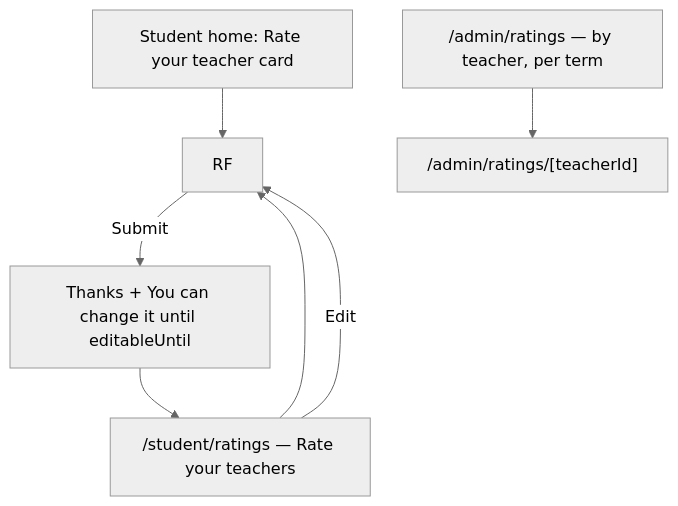
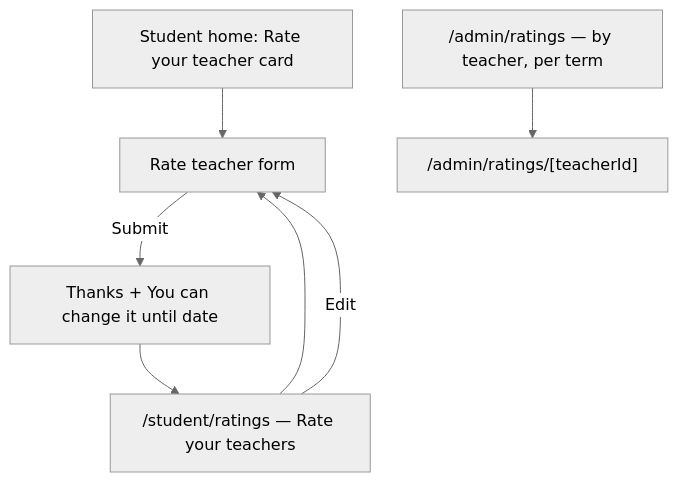
The second of 3 diagrams in docs/design/notifications-substitutes.md (NoncommissionedRush/schoolmanager), drawn with Mermaid (neutral theme) before and after one commit. The commit also changed other lines of this file and 1 other file, not shown here.

````diff
--- a/docs/design/notifications-substitutes.md
+++ b/docs/design/notifications-substitutes.md
@@ -556,9 +563,9 @@
 ```mermaid
 flowchart TD
-  HC[Student home: Rate your teacher card] --> RF
+  HC[Student home: Rate your teacher card] --> RF[Rate teacher form]
   RL["/student/ratings — Rate your teachers"] --> RF
-  RF -->|Submit| TY[Thanks + You can change it until editableUntil]
+  RF -->|Submit| TY[Thanks + You can change it until date]
   TY --> RL
   RL -->|Edit| RF
   AR["/admin/ratings — by teacher, per term"] --> AD["/admin/ratings/[teacherId]"]
 ```
````
